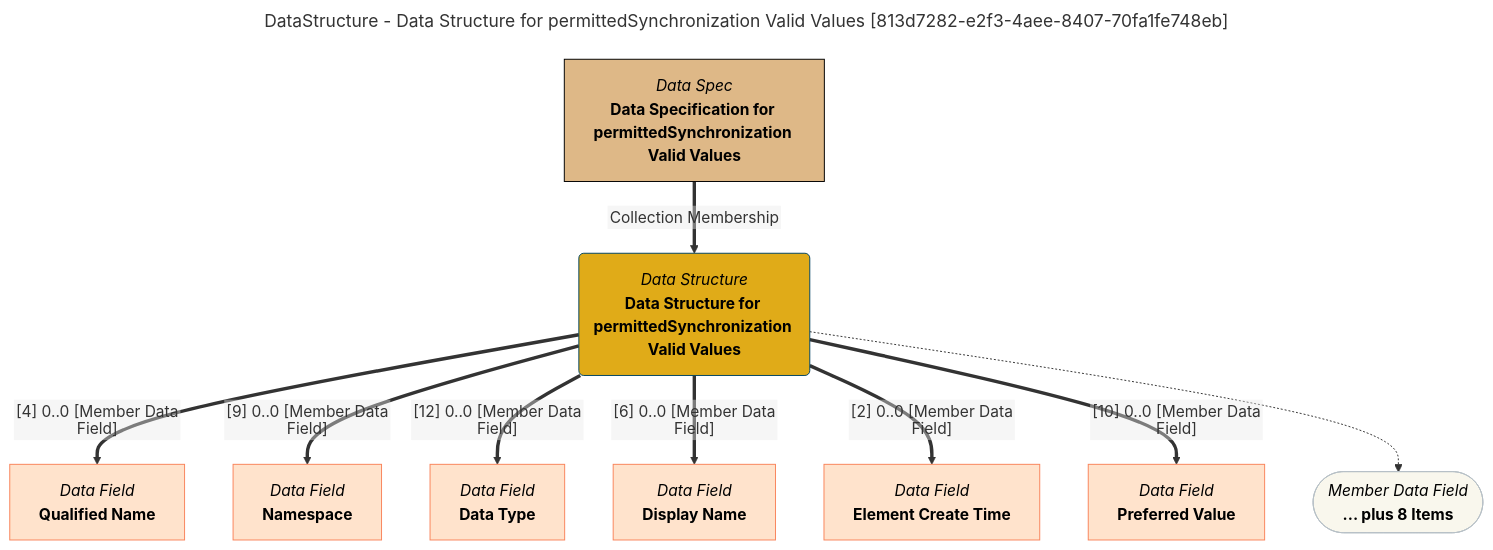
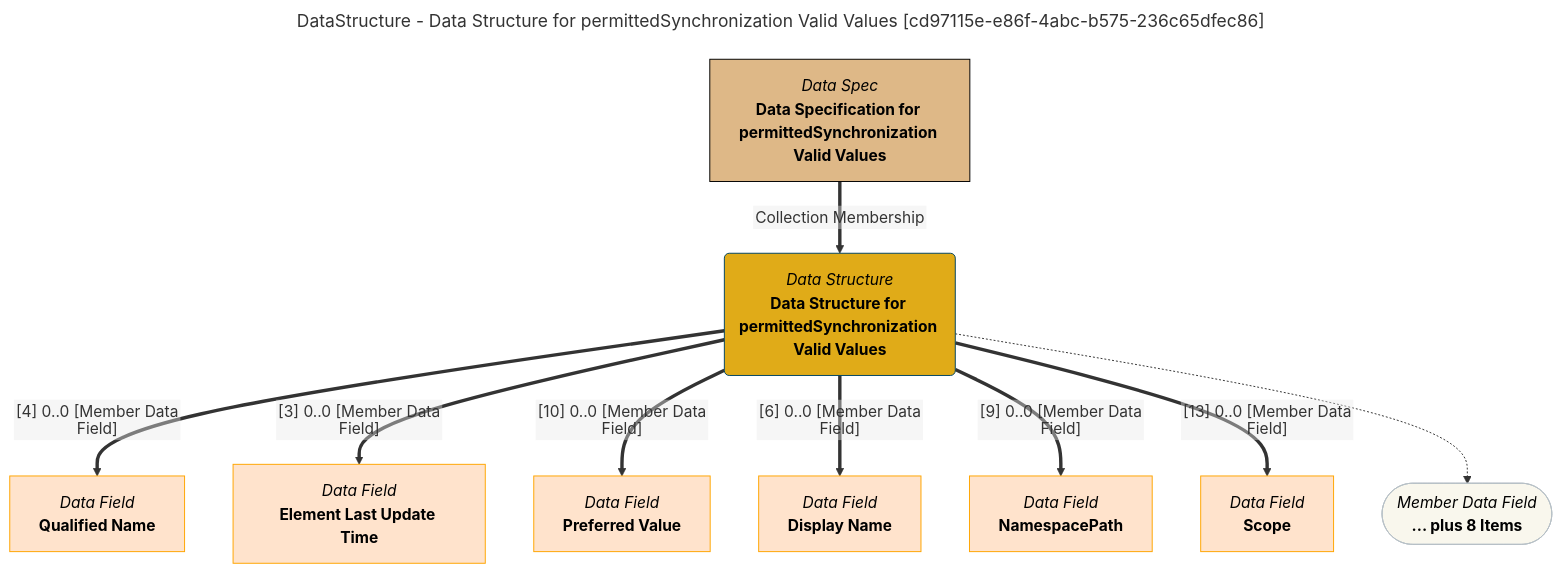
Before and after one commit to odpi/egeria-docs: the diagram in site/snippets/data-structures/data-structure-for-permittedsynchronization-valid-values-mermaid-graph.md, drawn with Mermaid. The commit also changed 2201 other files, not shown here.

````diff
--- a/site/snippets/data-structures/data-structure-for-permittedsynchronization-valid-values-mermaid-graph.md
+++ b/site/snippets/data-structures/data-structure-for-permittedsynchronization-valid-values-mermaid-graph.md
@@ -1,43 +1,43 @@
 ```mermaid
 ---
-title: DataStructure - Data Structure for permittedSynchronization Valid Values [813d7282-e2f3-4aee-8407-70fa1fe748eb]
+title: DataStructure - Data Structure for permittedSynchronization Valid Values [cd97115e-e86f-4abc-b575-236c65dfec86]
 ---
 flowchart TD
 %%{init: {"flowchart": {"htmlLabels": false}} }%%
 
 1@{ shape: rounded, label: "*Data Structure*
 **Data Structure for permittedSynchronization Valid Values**"}
 2@{ shape: rect, label: "*Data Spec*
 **Data Specification for permittedSynchronization Valid Values**"}
 2==>|"Collection Membership"|1
 3@{ shape: rect, label: "*Data Field*
 **Qualified Name**"}
 1==>|"[4] 0..0 [Member Data Field]"|3
 4@{ shape: rect, label: "*Data Field*
-**Namespace**"}
-1==>|"[9] 0..0 [Member Data Field]"|4
+**Element Last Update Time**"}
+1==>|"[3] 0..0 [Member Data Field]"|4
 5@{ shape: rect, label: "*Data Field*
-**Data Type**"}
-1==>|"[12] 0..0 [Member Data Field]"|5
+**Preferred Value**"}
+1==>|"[10] 0..0 [Member Data Field]"|5
 6@{ shape: rect, label: "*Data Field*
 **Display Name**"}
 1==>|"[6] 0..0 [Member Data Field]"|6
 7@{ shape: rect, label: "*Data Field*
-**Element Create Time**"}
-1==>|"[2] 0..0 [Member Data Field]"|7
+**NamespacePath**"}
+1==>|"[9] 0..0 [Member Data Field]"|7
 8@{ shape: rect, label: "*Data Field*
-**Preferred Value**"}
-1==>|"[10] 0..0 [Member Data Field]"|8
+**Scope**"}
+1==>|"[13] 0..0 [Member Data Field]"|8
 9@{ shape: stadium, label: "*Member Data Field*
 **... plus 8 Items**"}
 1-.->9
 style 1 color:#000000, fill:#e0ab18, stroke:#004563
-style 2 color:#000000, fill:#deb887, stroke:#000000
-style 3 color:#000000, fill:#ffe3cc, stroke:#f9845b
-style 4 color:#000000, fill:#ffe3cc, stroke:#f9845b
-style 5 color:#000000, fill:#ffe3cc, stroke:#f9845b
-style 6 color:#000000, fill:#ffe3cc, stroke:#f9845b
-style 7 color:#000000, fill:#ffe3cc, stroke:#f9845b
-style 8 color:#000000, fill:#ffe3cc, stroke:#f9845b
+style 2 color:#000000, fill:#DEB887, stroke:#000000
+style 3 color:#000000, fill:#ffe3cc, stroke:#FFA500
+style 4 color:#000000, fill:#ffe3cc, stroke:#FFA500
+style 5 color:#000000, fill:#ffe3cc, stroke:#FFA500
+style 6 color:#000000, fill:#ffe3cc, stroke:#FFA500
+style 7 color:#000000, fill:#ffe3cc, stroke:#FFA500
+style 8 color:#000000, fill:#ffe3cc, stroke:#FFA500
 style 9 color:#000000, fill:#F9F7ED, stroke:#b7c0c7
 ```
````
